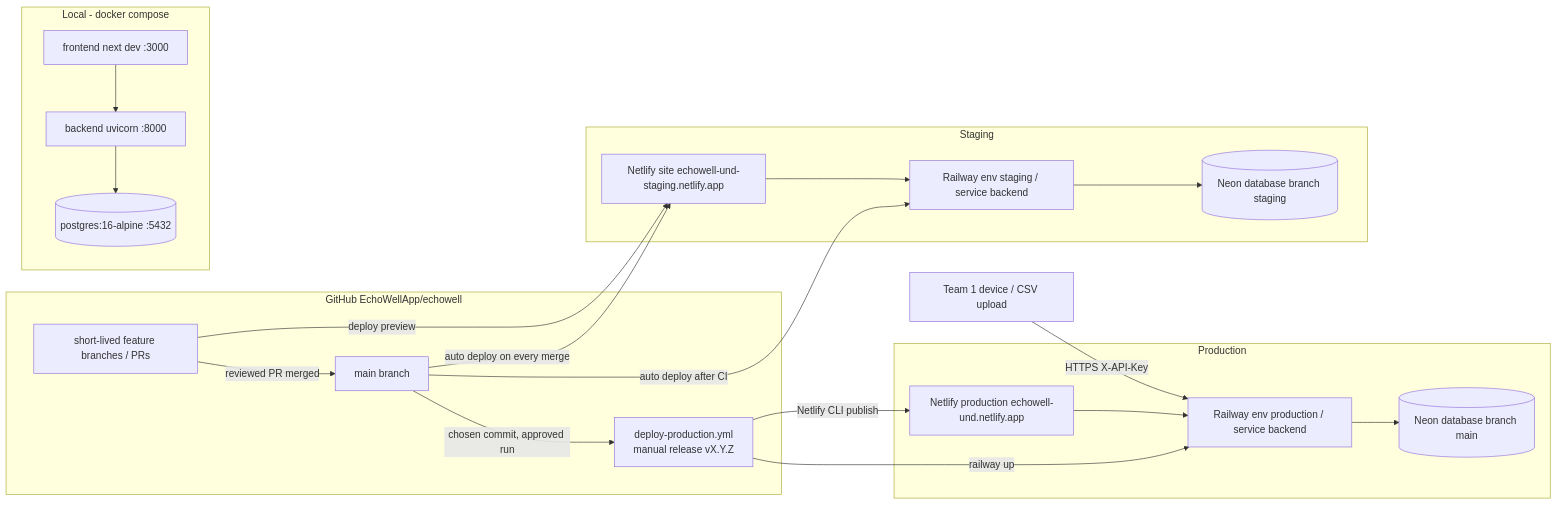
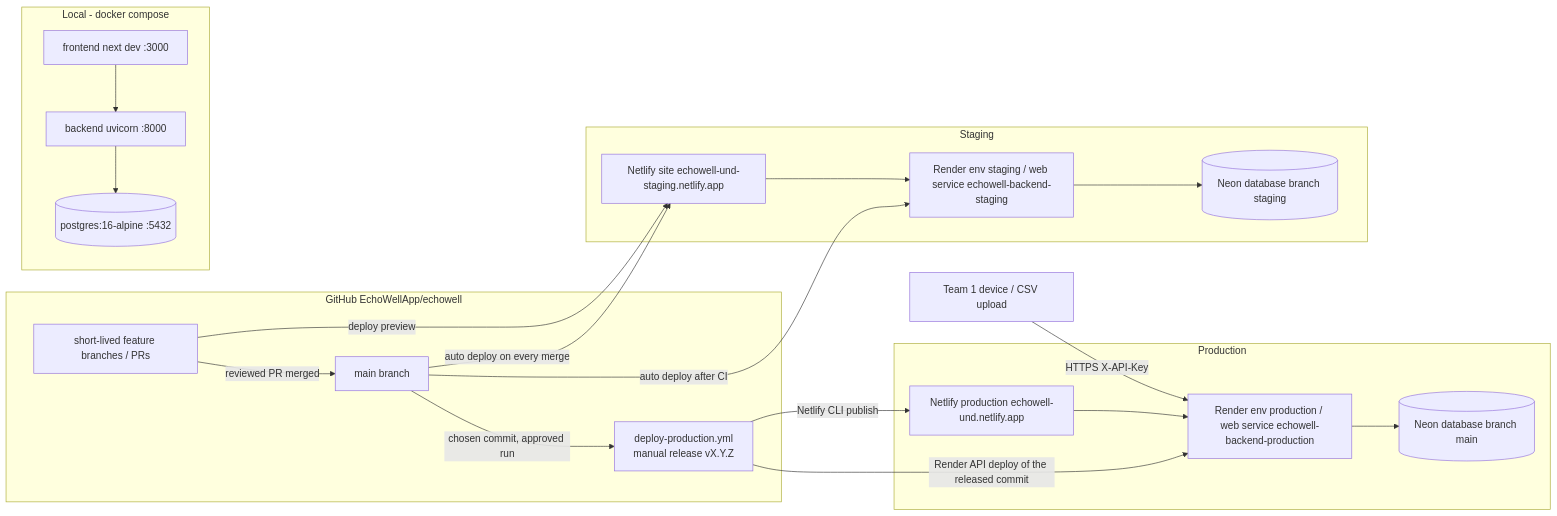
The first of 2 diagrams in specs/TRD/15_Deployment_and_DevOps_Spec.md (EchoWellApp/echowell), drawn with Mermaid before and after one commit. The commit also changed other lines of this file and 60 other files, not shown here.

First line of the commit message:
docs(deploy): move the interim backend host from Railway to Render (D-153)

````diff
--- a/specs/TRD/15_Deployment_and_DevOps_Spec.md
+++ b/specs/TRD/15_Deployment_and_DevOps_Spec.md
@@ -62,34 +63,34 @@
 ```mermaid
 flowchart LR
   subgraph GH[GitHub EchoWellApp/echowell]
     PR[short-lived feature branches / PRs]
     M[main branch]
     REL[deploy-production.yml<br/>manual release vX.Y.Z]
   end
   subgraph Local[Local - docker compose]
     LDB[(postgres:16-alpine :5432)]
     LBE[backend uvicorn :8000]
     LFE[frontend next dev :3000]
     LFE --> LBE --> LDB
   end
   subgraph Staging
     NS[Netlify site echowell-und-staging.netlify.app]
-    RS[Railway env staging / service backend]
+    RS[Render env staging / web service echowell-backend-staging]
     DS[(Neon database branch staging)]
     NS --> RS --> DS
   end
   subgraph Production
     NP[Netlify production echowell-und.netlify.app]
-    RP[Railway env production / service backend]
+    RP[Render env production / web service echowell-backend-production]
     DP[(Neon database branch main)]
     NP --> RP --> DP
   end
   PR -- deploy preview --> NS
   PR -- reviewed PR merged --> M
   M -- auto deploy on every merge --> NS
   M -- auto deploy after CI --> RS
   M -- chosen commit, approved run --> REL
   REL -- Netlify CLI publish --> NP
-  REL -- railway up --> RP
+  REL -- Render API deploy of the released commit --> RP
   Device[Team 1 device / CSV upload] -- HTTPS X-API-Key --> RP
 ```
````
